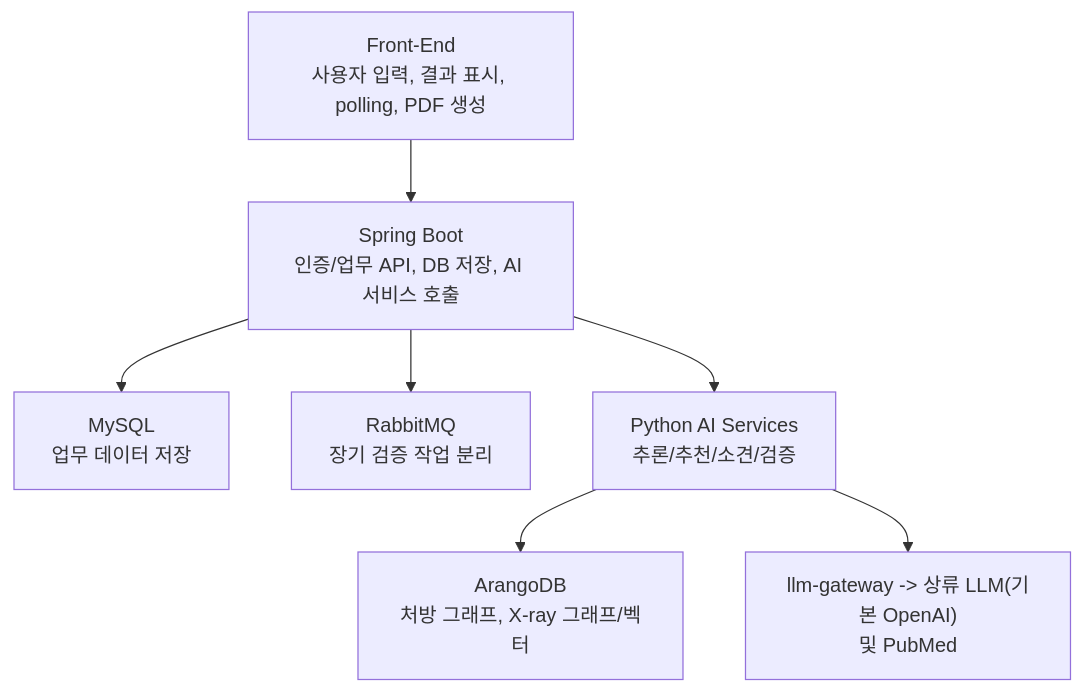
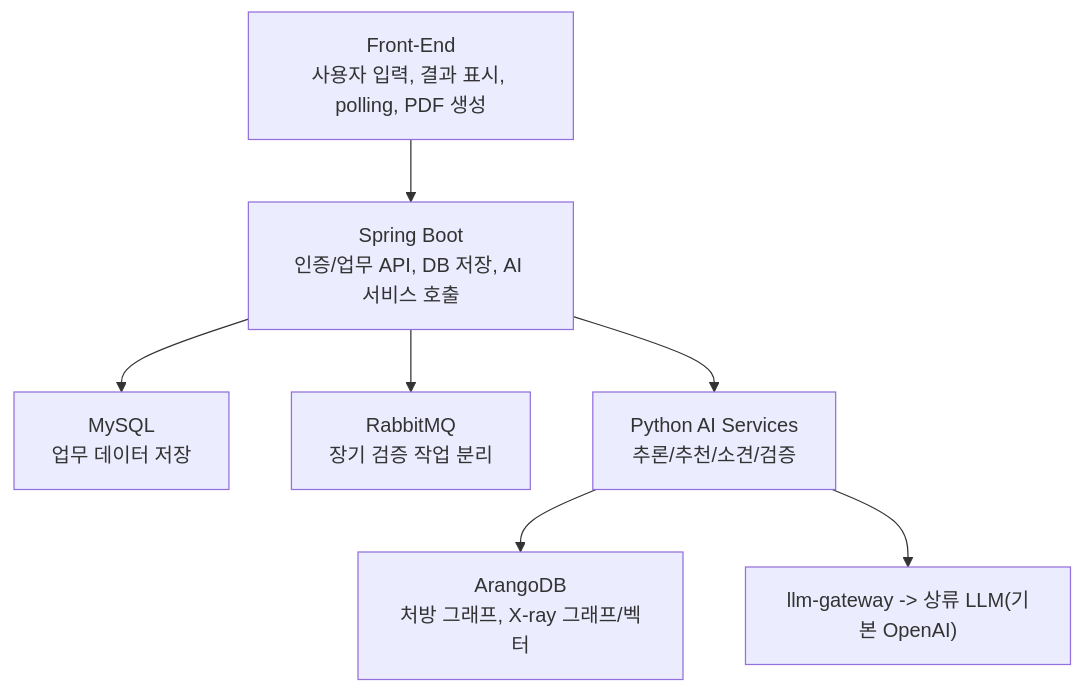
The third of 3 diagrams in Docs/01-system-architecture.md (kjbddo/bitcomputer-emr), drawn with Mermaid before and after one commit. The commit also changed other lines of this file and 7 other files, not shown here.

First line of the commit message:
docs: PubMed 제거·합성 케이스·PSPNet 기본값을 문서에 반영한다

````diff
--- a/Docs/01-system-architecture.md
+++ b/Docs/01-system-architecture.md
@@ -136,9 +134,9 @@
 ```mermaid
 flowchart TD
   UI["Front-End<br/>사용자 입력, 결과 표시, polling, PDF 생성"] --> API["Spring Boot<br/>인증/업무 API, DB 저장, AI 서비스 호출"]
   API --> Data["MySQL<br/>업무 데이터 저장"]
   API --> Async["RabbitMQ<br/>장기 검증 작업 분리"]
   API --> AI["Python AI Services<br/>추론/추천/소견/검증"]
   AI --> Graph["ArangoDB<br/>처방 그래프, X-ray 그래프/벡터"]
-  AI --> LLM["llm-gateway -> 상류 LLM(기본 OpenAI)<br/>및 PubMed"]
+  AI --> LLM["llm-gateway -> 상류 LLM(기본 OpenAI)"]
 ```
````
